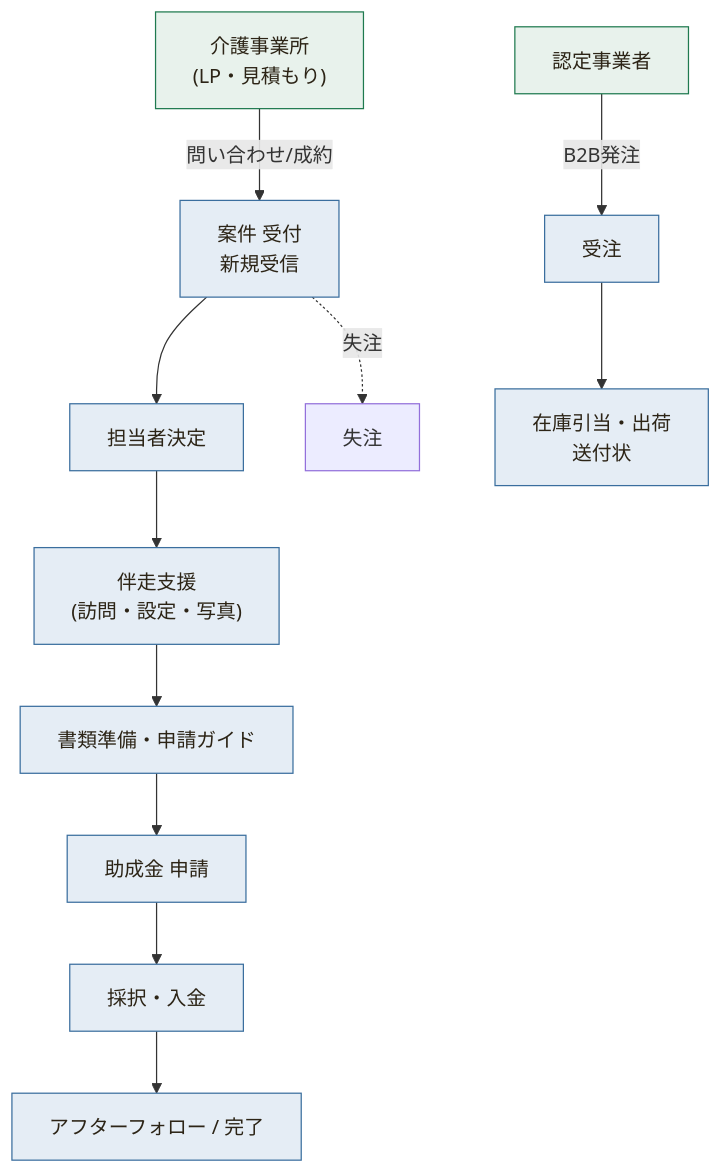
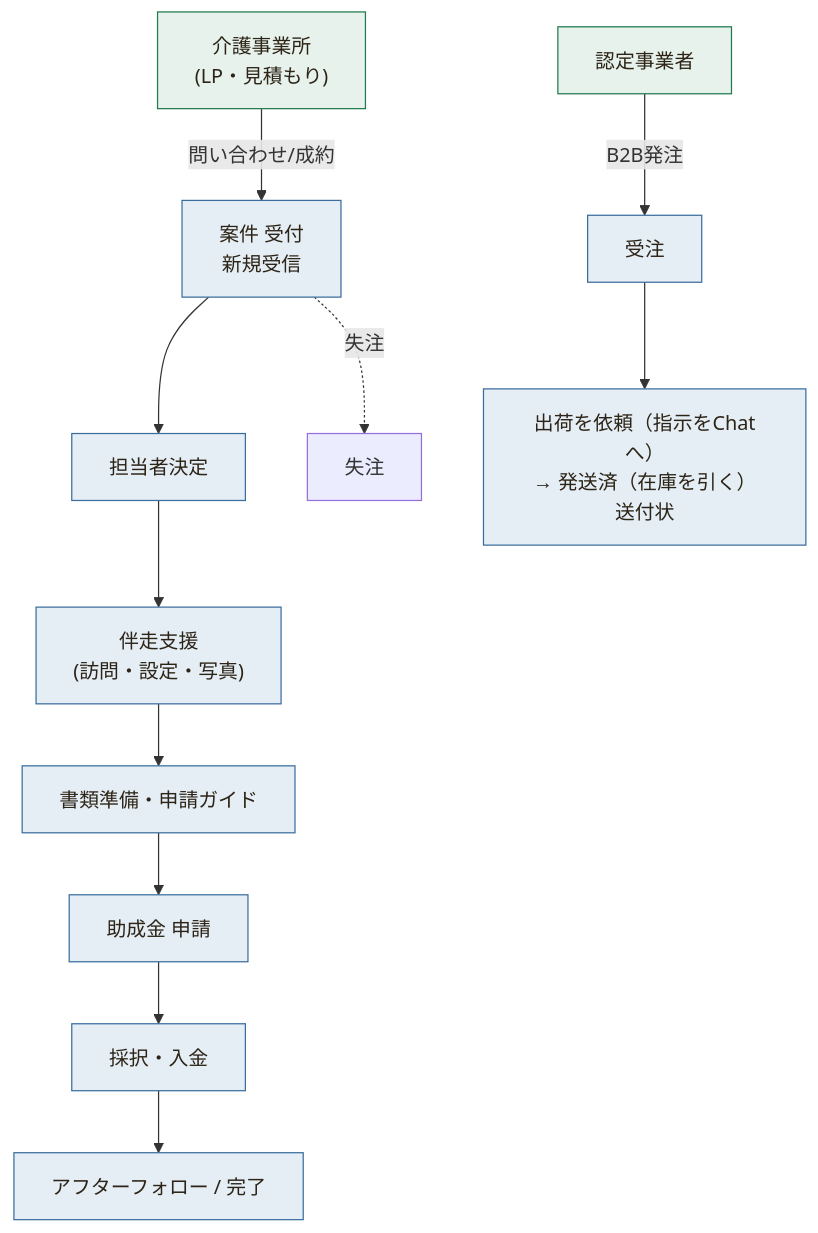
The third of 7 diagrams in ENGINEERING_NOTES.md (npo-tadakayo/kjk-tadakayo), drawn with Mermaid before and after one commit. The commit also changed other lines of this file and 54 other files, not shown here.

````diff
--- a/ENGINEERING_NOTES.md
+++ b/ENGINEERING_NOTES.md
@@ -305,16 +306,16 @@
 ```mermaid
 flowchart TD
   A["介護事業所<br/>(LP・見積もり)"] -->|問い合わせ/成約| B["案件 受付<br/>新規受信"]
   B --> C["担当者決定"]
   C --> D["伴走支援<br/>(訪問・設定・写真)"]
   D --> E["書類準備・申請ガイド"]
   E --> F["助成金 申請"]
   F --> G["採択・入金"]
   G --> H["アフターフォロー / 完了"]
   B -.失注.-> X["失注"]
   C2["認定事業者"] -->|B2B発注| I["受注"]
-  I --> J["在庫引当・出荷<br/>送付状"]
+  I --> J["出荷を依頼（指示をChatへ）<br/>→ 発送済（在庫を引く）<br/>送付状"]
   classDef care fill:#e8f2ec,stroke:#1F7A4F,color:#2C2416;
   classDef sys fill:#e5edf5,stroke:#3a6e9e,color:#2C2416;
   class A,C2 care; class B,C,D,E,F,G,H,I,J sys;
 ```
````
